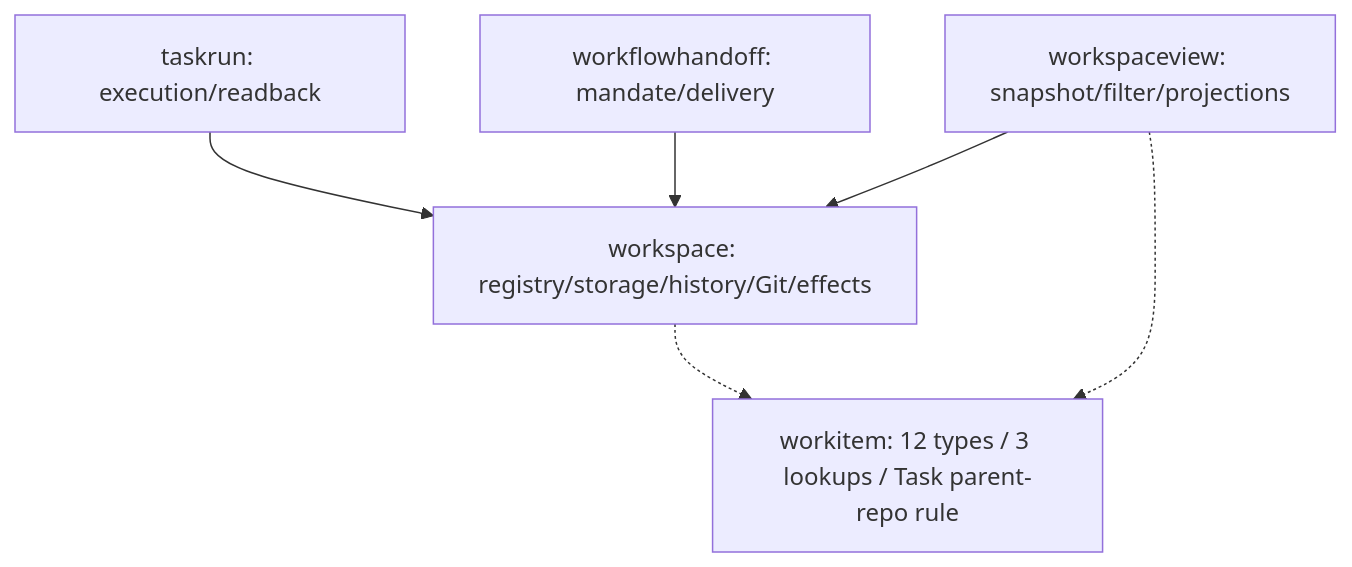
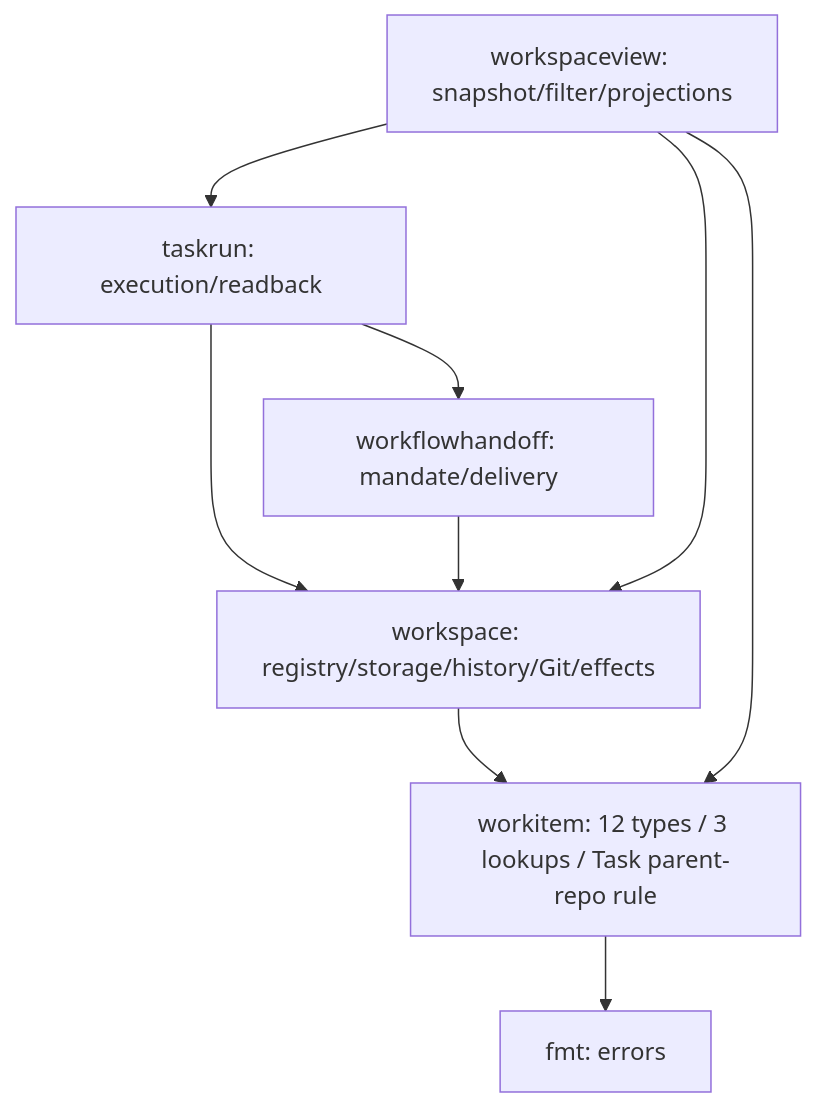
One commit to DevDimensionLab/plybuild changed the diagram in docs/plan/wi-01-workitem-core-architecture.md. Above: the diagram before and after it, drawn with Mermaid. The commit also changed other lines of this file and 22 other files, not shown here.

````diff
--- a/docs/plan/wi-01-workitem-core-architecture.md
+++ b/docs/plan/wi-01-workitem-core-architecture.md
@@ -173,8 +175,11 @@
 ```mermaid
 flowchart TD
   TR[taskrun: execution/readback] --> W
+  TR --> WH
+  V --> TR
   WH[workflowhandoff: mandate/delivery] --> W
   V[workspaceview: snapshot/filter/projections] --> W
-  W[workspace: registry/storage/history/Git/effects] -.-> C
-  V -.-> C[workitem: 12 types / 3 lookups / Task parent-repo rule]
+  W[workspace: registry/storage/history/Git/effects] --> C
+  V --> C[workitem: 12 types / 3 lookups / Task parent-repo rule]
+  C --> F[fmt: errors]
 ```
````
